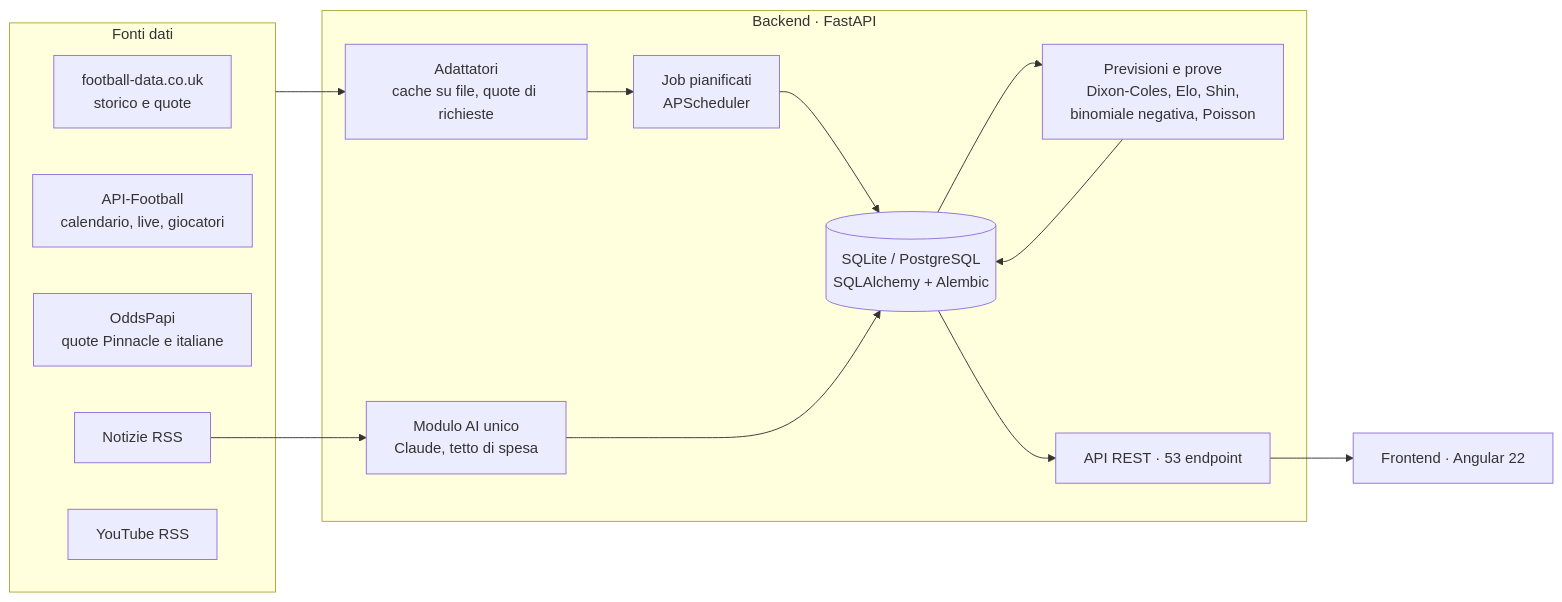
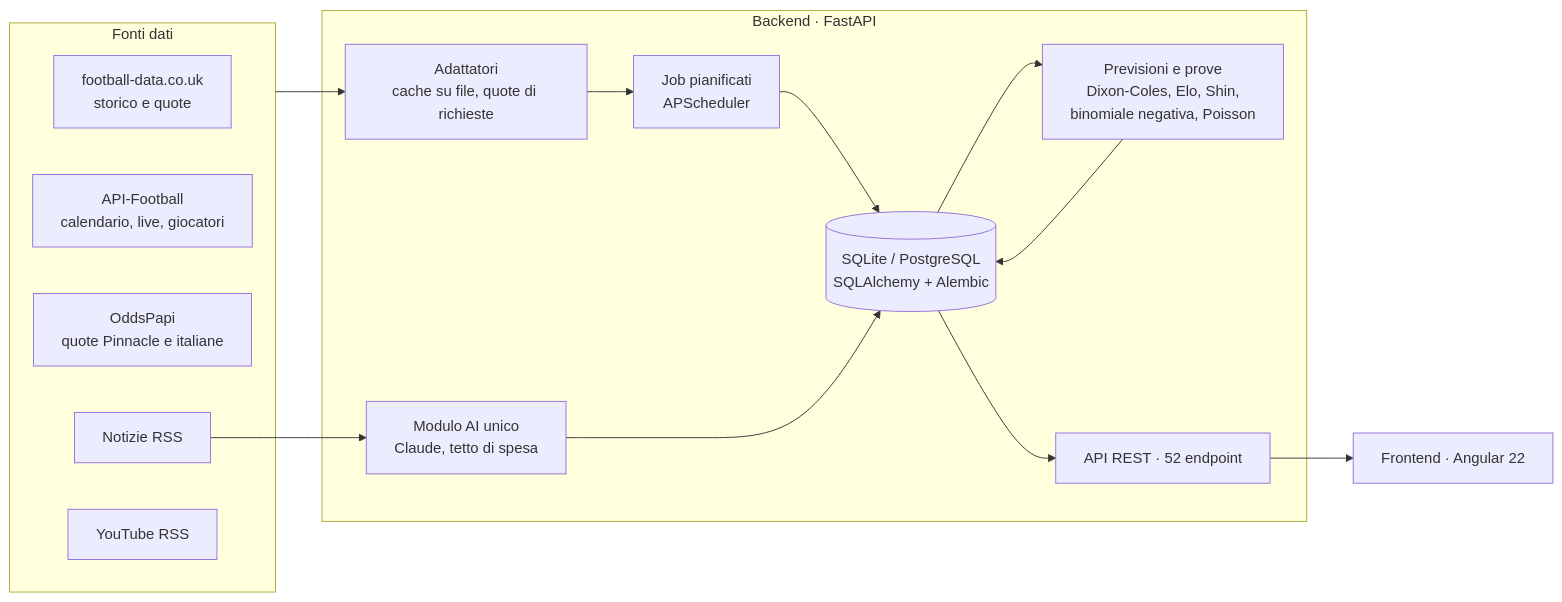
The diagram in README.md (giuseppecorso/archiebet), drawn with Mermaid before and after one commit. The commit also changed other lines of this file and 37 other files, not shown here.

````diff
--- a/README.md
+++ b/README.md
@@ -73,23 +73,23 @@
 ```mermaid
 flowchart LR
   subgraph Fonti["Fonti dati"]
     FD[football-data.co.uk<br/>storico e quote]
     AF[API-Football<br/>calendario, live, giocatori]
     OP[OddsPapi<br/>quote Pinnacle e italiane]
     NW[Notizie RSS]
     YT[YouTube RSS]
   end
   subgraph Backend["Backend · FastAPI"]
     AD[Adattatori<br/>cache su file, quote di richieste]
     JOB[Job pianificati<br/>APScheduler]
     DB[(SQLite / PostgreSQL<br/>SQLAlchemy + Alembic)]
     FC[Previsioni e prove<br/>Dixon-Coles, Elo, Shin,<br/>binomiale negativa, Poisson]
     AI[Modulo AI unico<br/>Claude, tetto di spesa]
-    API[API REST · 53 endpoint]
+    API[API REST · 52 endpoint]
   end
   FE[Frontend · Angular 22]
   Fonti --> AD --> JOB --> DB
   DB --> FC --> DB
   NW --> AI --> DB
   DB --> API --> FE
 ```
````
